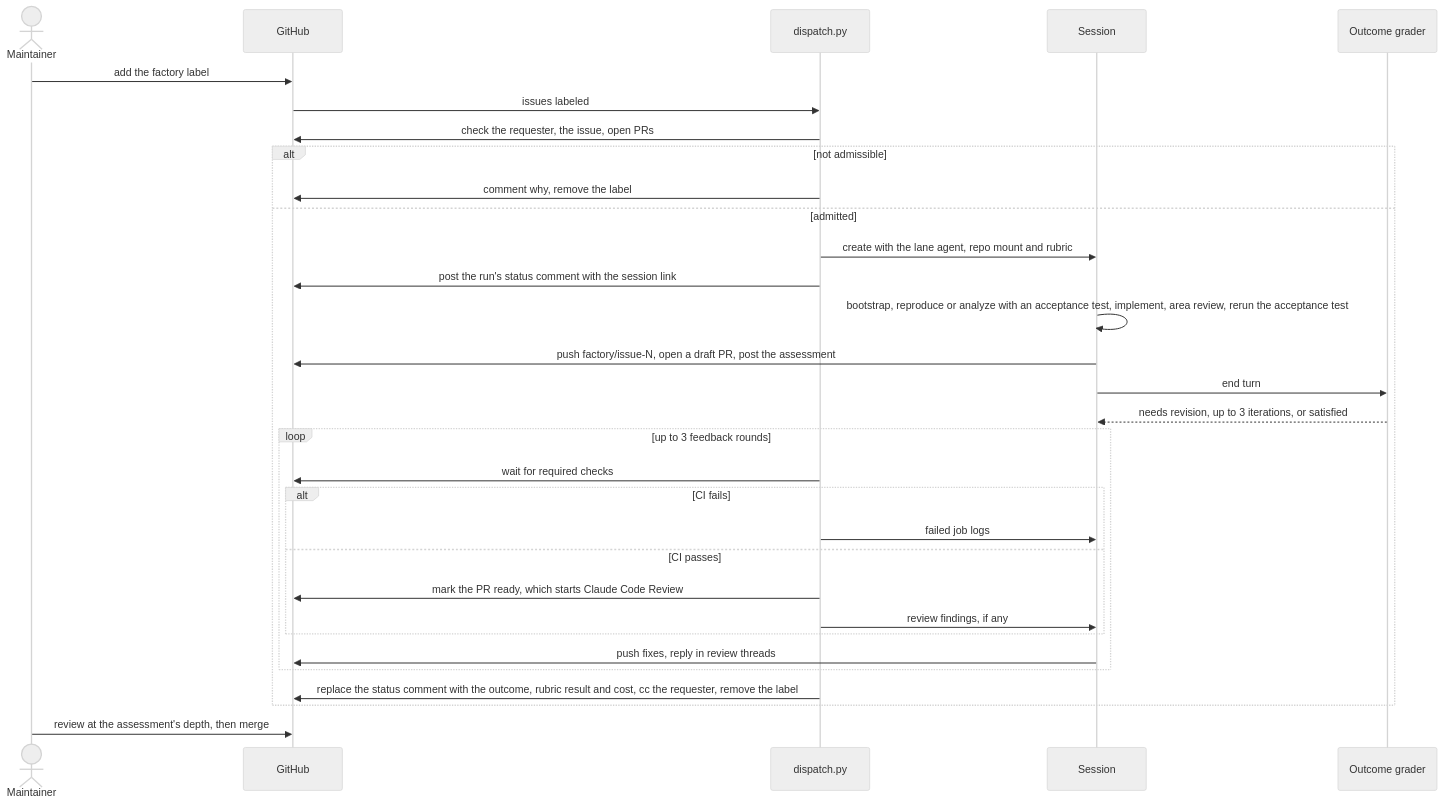
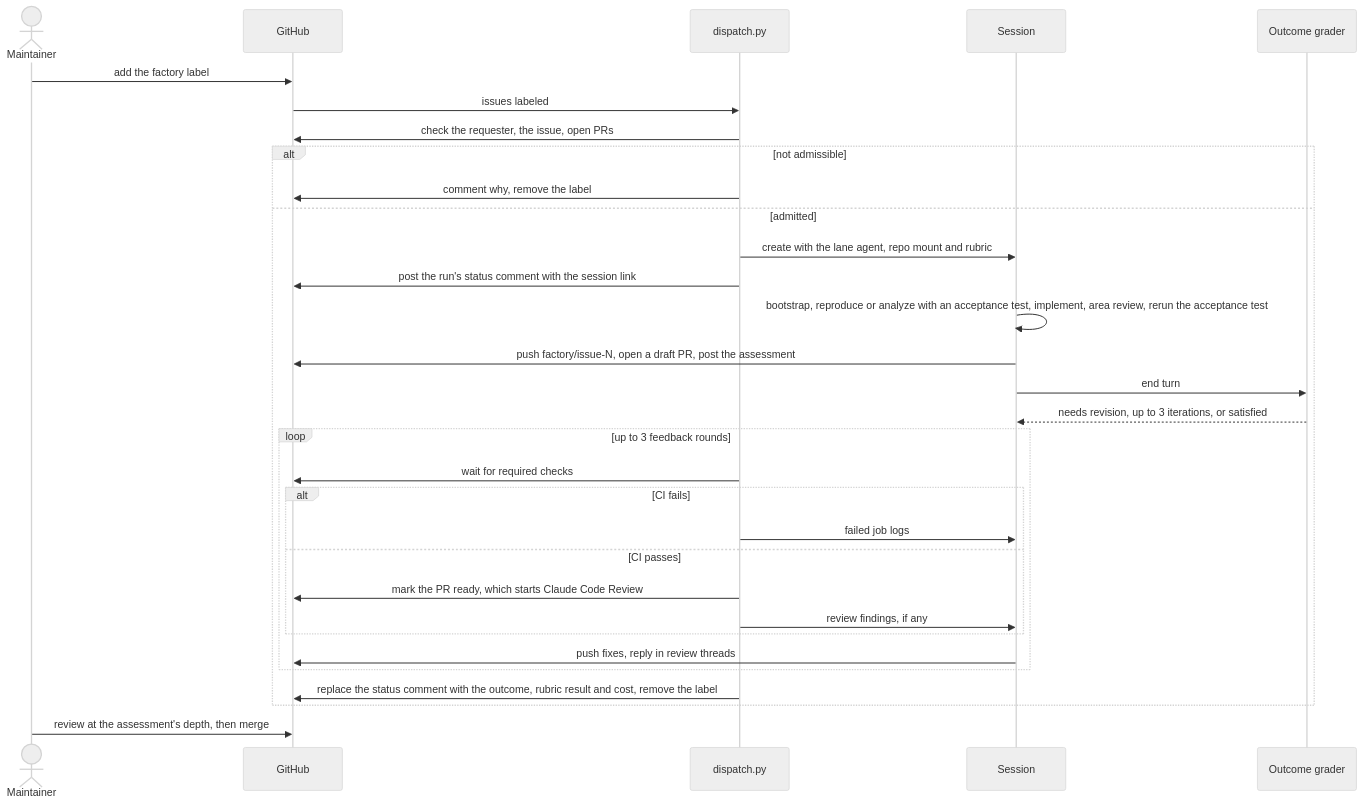
One commit to Arize-ai/phoenix changed the second of 5 diagrams in factory/README.md. Above: the diagram before and after it, drawn with Mermaid (neutral theme). The commit also changed other lines of this file and 6 other files, not shown here.

````diff
--- a/factory/README.md
+++ b/factory/README.md
@@ -60,34 +60,34 @@
 ```mermaid
 sequenceDiagram
   actor maintainer as Maintainer
   participant github as GitHub
   participant dispatch as dispatch.py
   participant session as Session
   participant grader as Outcome grader
 
   maintainer->>github: add the factory label
   github->>dispatch: issues labeled
   dispatch->>github: check the requester, the issue, open PRs
   alt not admissible
     dispatch->>github: comment why, remove the label
   else admitted
     dispatch->>session: create with the lane agent, repo mount and rubric
     dispatch->>github: post the run's status comment with the session link
     session->>session: bootstrap, reproduce or analyze with an acceptance test, implement, area review, rerun the acceptance test
     session->>github: push factory/issue-N, open a draft PR, post the assessment
     session->>grader: end turn
     grader-->>session: needs revision, up to 3 iterations, or satisfied
     loop up to 3 feedback rounds
       dispatch->>github: wait for required checks
       alt CI fails
         dispatch->>session: failed job logs
       else CI passes
         dispatch->>github: mark the PR ready, which starts Claude Code Review
         dispatch->>session: review findings, if any
       end
       session->>github: push fixes, reply in review threads
     end
-    dispatch->>github: replace the status comment with the outcome, rubric result and cost, cc the requester, remove the label
+    dispatch->>github: replace the status comment with the outcome, rubric result and cost, remove the label
   end
   maintainer->>github: review at the assessment's depth, then merge
 ```
````
